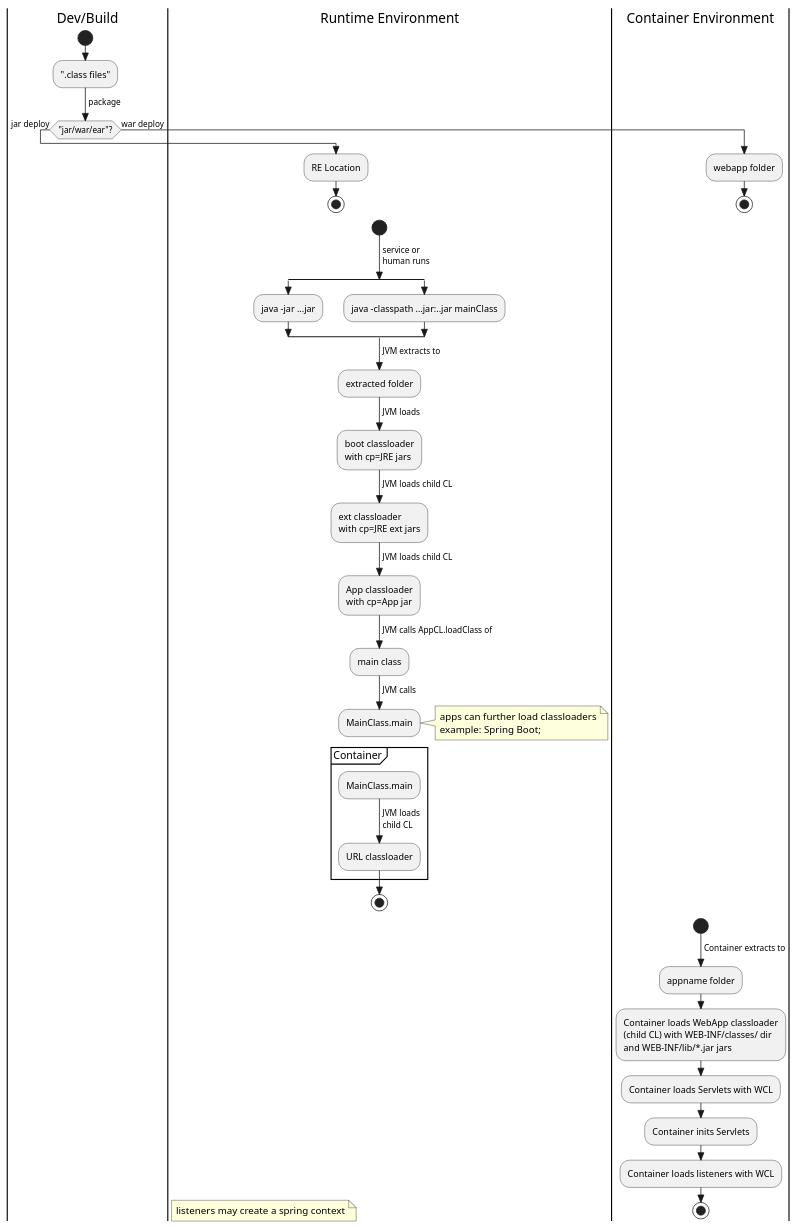
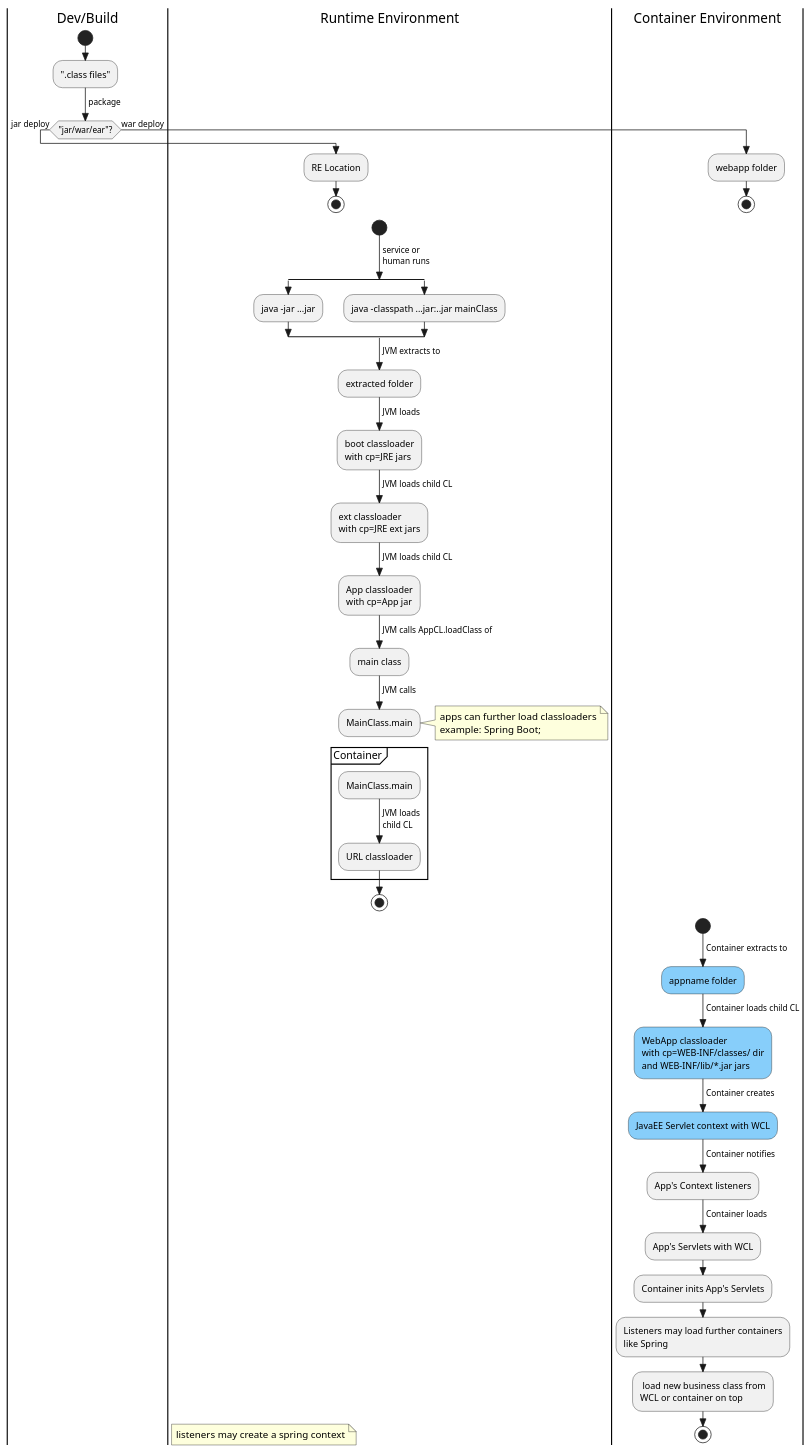
One commit to pchethan/diys changed the diagram in diys/diagrams/bootstrapwithcl.plantuml. Above: the diagram before and after it, drawn with PlantUML.

```diff
--- a/diys/diagrams/bootstrapwithcl.plantuml
+++ b/diys/diagrams/bootstrapwithcl.plantuml
@@ -1,78 +1,88 @@
 @startuml
 skinparam style strictuml
 skinparam defaultFontName Arial
 
 |Dev/Build|
 start
 :".class files";
 -> package;
 if ("jar/war/ear"?) equals (jar) then
 ->jar deploy;
 |Runtime Environment|
 :RE Location;
 stop
 else
 ->war deploy;
 |Container Environment|
 :webapp folder;
 stop
 endif
 
 
 |Runtime Environment|
 start
 -> service or 
 human runs;
 split
 :java -jar ...jar;
 split again
 :java -classpath ...jar:..jar mainClass;
 end split
 ->JVM extracts to;
 :extracted folder;
 ->JVM loads;
 :boot classloader
 with cp=JRE jars;
 ->JVM loads child CL;
 :ext classloader 
 with cp=JRE ext jars;
 ->JVM loads child CL;
 :App classloader
 with cp=App jar;
 ->JVM calls AppCL.loadClass of;
 :main class;
 ->JVM calls;
 :MainClass.main;
 note right
 apps can further load classloaders
 example: Spring Boot;
 end note
 -[hidden]->
 
 partition Container {
 :MainClass.main;
 -> JVM loads 
 child CL;
 :URL classloader;
 }
 stop
 
 |Container Environment|
 start
 ->Container extracts to;
-:appname folder;
-:Container loads WebApp classloader 
-(child CL) with WEB-INF/classes/ dir 
+#LightSkyBlue:appname folder;
+->Container loads child CL;
+#LightSkyBlue:WebApp classloader
+with cp=WEB-INF/classes/ dir
 and WEB-INF/lib/*.jar jars;
-:Container loads Servlets with WCL;
-:Container inits Servlets;
-:Container loads listeners with WCL;
+
+->Container creates;
+#LightSkyBlue:JavaEE Servlet context with WCL;
+->Container notifies;
+:App's Context listeners;
+->Container loads;
+:App's Servlets with WCL;
+:Container inits App's Servlets;
+:Listeners may load further containers
+like Spring;
+: load new business class from 
+WCL or container on top;
 stop
 
 |Runtime Environment|
 floating note left
 listeners may create a spring context
 end note
 
 
 @enduml
```
